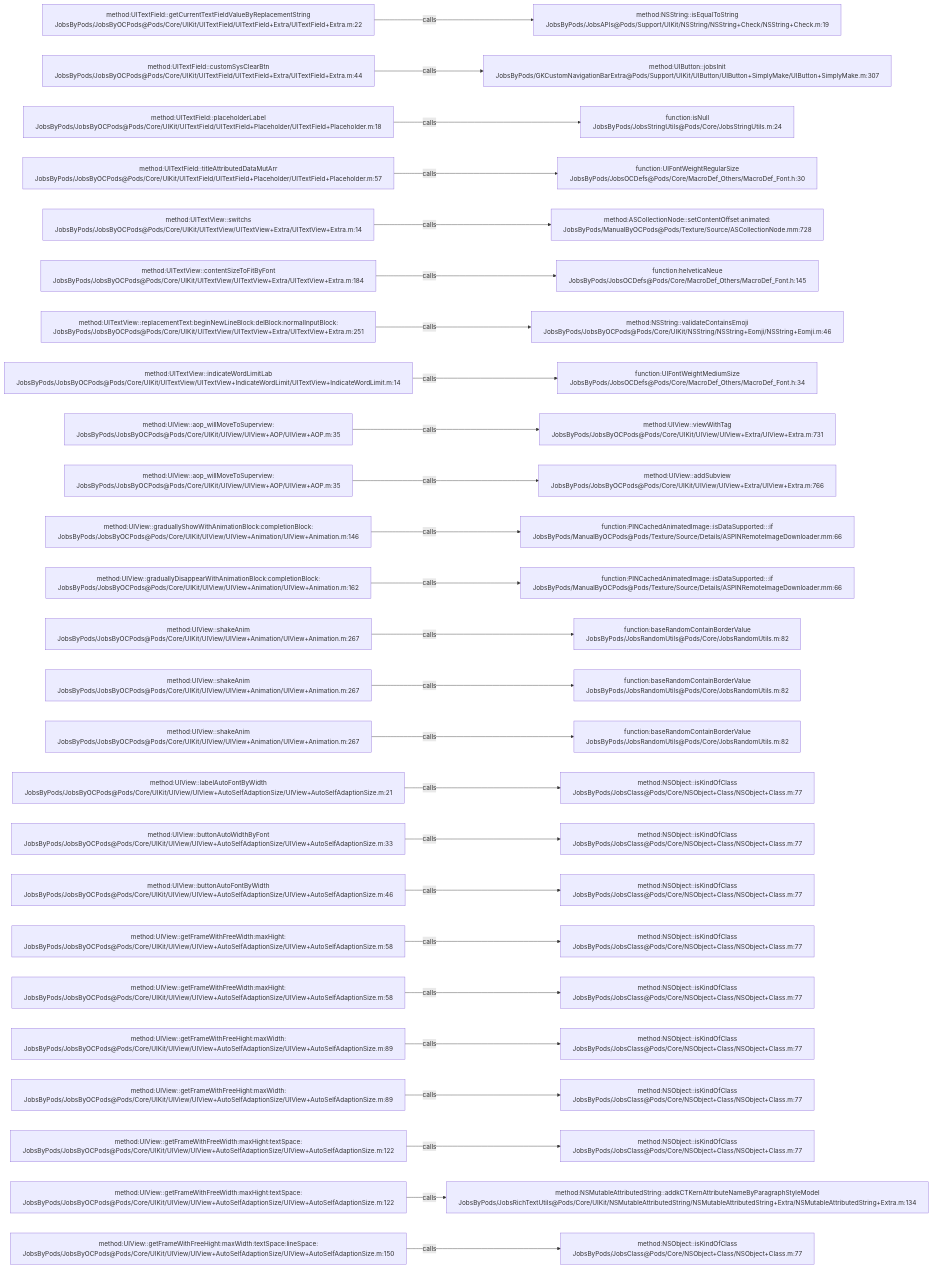
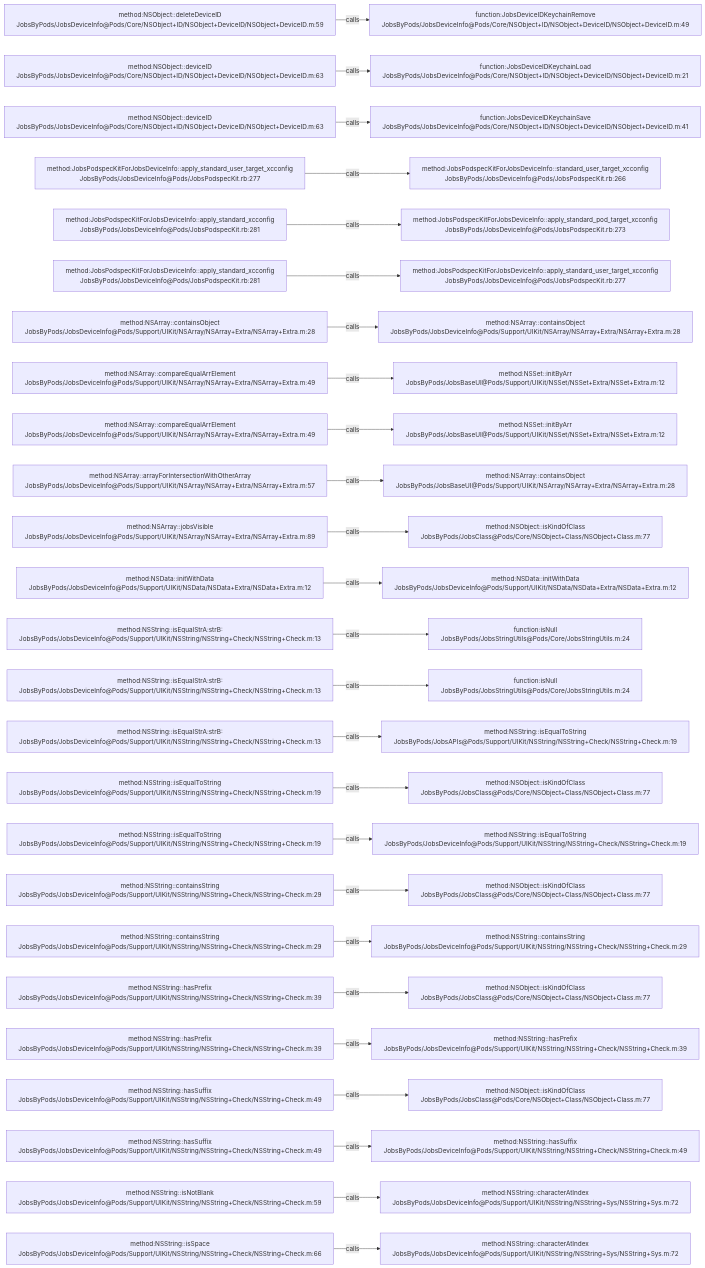
Before and after one commit to JobsKits/JobsOCBaseConfigDemo: the diagram in .codegraph/codegraph.md/graphs/calls-061.md, drawn with Mermaid. The commit also changed 573 other files, not shown here.

````diff
--- a/.codegraph/codegraph.md/graphs/calls-061.md
+++ b/.codegraph/codegraph.md/graphs/calls-061.md
@@ -13,78 +13,78 @@
 ```mermaid
 flowchart LR
-  S1["method:UITextField::getCurrentTextFieldValueByReplacementString<br/>JobsByPods/JobsByOCPods@Pods/Core/UIKit/UITextField/UITextField+Extra/UITextField+Extra.m:22"]
-  T1["method:NSString::isEqualToString<br/>JobsByPods/JobsAPIs@Pods/Support/UIKit/NSString/NSString+Check/NSString+Check.m:19"]
+  S1["method:NSObject::deleteDeviceID<br/>JobsByPods/JobsDeviceInfo@Pods/Core/NSObject+ID/NSObject+DeviceID/NSObject+DeviceID.m:59"]
+  T1["function:JobsDeviceIDKeychainRemove<br/>JobsByPods/JobsDeviceInfo@Pods/Core/NSObject+ID/NSObject+DeviceID/NSObject+DeviceID.m:49"]
   S1 -->|calls| T1
-  S2["method:UITextField::customSysClearBtn<br/>JobsByPods/JobsByOCPods@Pods/Core/UIKit/UITextField/UITextField+Extra/UITextField+Extra.m:44"]
-  T2["method:UIButton::jobsInit<br/>JobsByPods/GKCustomNavigationBarExtra@Pods/Support/UIKit/UIButton/UIButton+SimplyMake/UIButton+SimplyMake.m:307"]
+  S2["method:NSObject::deviceID<br/>JobsByPods/JobsDeviceInfo@Pods/Core/NSObject+ID/NSObject+DeviceID/NSObject+DeviceID.m:63"]
+  T2["function:JobsDeviceIDKeychainLoad<br/>JobsByPods/JobsDeviceInfo@Pods/Core/NSObject+ID/NSObject+DeviceID/NSObject+DeviceID.m:21"]
   S2 -->|calls| T2
-  S3["method:UITextField::placeholderLabel<br/>JobsByPods/JobsByOCPods@Pods/Core/UIKit/UITextField/UITextField+Placeholder/UITextField+Placeholder.m:18"]
-  T3["function:isNull<br/>JobsByPods/JobsStringUtils@Pods/Core/JobsStringUtils.m:24"]
+  S3["method:NSObject::deviceID<br/>JobsByPods/JobsDeviceInfo@Pods/Core/NSObject+ID/NSObject+DeviceID/NSObject+DeviceID.m:63"]
+  T3["function:JobsDeviceIDKeychainSave<br/>JobsByPods/JobsDeviceInfo@Pods/Core/NSObject+ID/NSObject+DeviceID/NSObject+DeviceID.m:41"]
   S3 -->|calls| T3
-  S4["method:UITextField::titleAttributedDataMutArr<br/>JobsByPods/JobsByOCPods@Pods/Core/UIKit/UITextField/UITextField+Placeholder/UITextField+Placeholder.m:57"]
-  T4["function:UIFontWeightRegularSize<br/>JobsByPods/JobsOCDefs@Pods/Core/MacroDef_Others/MacroDef_Font.h:30"]
+  S4["method:JobsPodspecKitForJobsDeviceInfo::apply_standard_user_target_xcconfig<br/>JobsByPods/JobsDeviceInfo@Pods/JobsPodspecKit.rb:277"]
+  T4["method:JobsPodspecKitForJobsDeviceInfo::standard_user_target_xcconfig<br/>JobsByPods/JobsDeviceInfo@Pods/JobsPodspecKit.rb:266"]
   S4 -->|calls| T4
-  S5["method:UITextView::switchs<br/>JobsByPods/JobsByOCPods@Pods/Core/UIKit/UITextView/UITextView+Extra/UITextView+Extra.m:14"]
-  T5["method:ASCollectionNode::setContentOffset:animated:<br/>JobsByPods/ManualByOCPods@Pods/Texture/Source/ASCollectionNode.mm:728"]
+  S5["method:JobsPodspecKitForJobsDeviceInfo::apply_standard_xcconfig<br/>JobsByPods/JobsDeviceInfo@Pods/JobsPodspecKit.rb:281"]
+  T5["method:JobsPodspecKitForJobsDeviceInfo::apply_standard_pod_target_xcconfig<br/>JobsByPods/JobsDeviceInfo@Pods/JobsPodspecKit.rb:273"]
   S5 -->|calls| T5
-  S6["method:UITextView::contentSizeToFitByFont<br/>JobsByPods/JobsByOCPods@Pods/Core/UIKit/UITextView/UITextView+Extra/UITextView+Extra.m:184"]
-  T6["function:helveticaNeue<br/>JobsByPods/JobsOCDefs@Pods/Core/MacroDef_Others/MacroDef_Font.h:145"]
+  S6["method:JobsPodspecKitForJobsDeviceInfo::apply_standard_xcconfig<br/>JobsByPods/JobsDeviceInfo@Pods/JobsPodspecKit.rb:281"]
+  T6["method:JobsPodspecKitForJobsDeviceInfo::apply_standard_user_target_xcconfig<br/>JobsByPods/JobsDeviceInfo@Pods/JobsPodspecKit.rb:277"]
   S6 -->|calls| T6
-  S7["method:UITextView::replacementText:beginNewLineBlock:delBlock:normalInputBlock:<br/>JobsByPods/JobsByOCPods@Pods/Core/UIKit/UITextView/UITextView+Extra/UITextView+Extra.m:251"]
-  T7["method:NSString::validateContainsEmoji<br/>JobsByPods/JobsByOCPods@Pods/Core/UIKit/NSString/NSString+Eomji/NSString+Eomji.m:46"]
+  S7["method:NSArray::containsObject<br/>JobsByPods/JobsDeviceInfo@Pods/Support/UIKit/NSArray/NSArray+Extra/NSArray+Extra.m:28"]
+  T7["method:NSArray::containsObject<br/>JobsByPods/JobsDeviceInfo@Pods/Support/UIKit/NSArray/NSArray+Extra/NSArray+Extra.m:28"]
   S7 -->|calls| T7
-  S8["method:UITextView::indicateWordLimitLab<br/>JobsByPods/JobsByOCPods@Pods/Core/UIKit/UITextView/UITextView+IndicateWordLimit/UITextView+IndicateWordLimit.m:14"]
-  T8["function:UIFontWeightMediumSize<br/>JobsByPods/JobsOCDefs@Pods/Core/MacroDef_Others/MacroDef_Font.h:34"]
+  S8["method:NSArray::compareEqualArrElement<br/>JobsByPods/JobsDeviceInfo@Pods/Support/UIKit/NSArray/NSArray+Extra/NSArray+Extra.m:49"]
+  T8["method:NSSet::initByArr<br/>JobsByPods/JobsBaseUI@Pods/Support/UIKit/NSSet/NSSet+Extra/NSSet+Extra.m:12"]
   S8 -->|calls| T8
-  S9["method:UIView::aop_willMoveToSuperview:<br/>JobsByPods/JobsByOCPods@Pods/Core/UIKit/UIView/UIView+AOP/UIView+AOP.m:35"]
-  T9["method:UIView::viewWithTag<br/>JobsByPods/JobsByOCPods@Pods/Core/UIKit/UIView/UIView+Extra/UIView+Extra.m:731"]
+  S9["method:NSArray::compareEqualArrElement<br/>JobsByPods/JobsDeviceInfo@Pods/Support/UIKit/NSArray/NSArray+Extra/NSArray+Extra.m:49"]
+  T9["method:NSSet::initByArr<br/>JobsByPods/JobsBaseUI@Pods/Support/UIKit/NSSet/NSSet+Extra/NSSet+Extra.m:12"]
   S9 -->|calls| T9
-  S10["method:UIView::aop_willMoveToSuperview:<br/>JobsByPods/JobsByOCPods@Pods/Core/UIKit/UIView/UIView+AOP/UIView+AOP.m:35"]
-  T10["method:UIView::addSubview<br/>JobsByPods/JobsByOCPods@Pods/Core/UIKit/UIView/UIView+Extra/UIView+Extra.m:766"]
+  S10["method:NSArray::arrayForIntersectionWithOtherArray<br/>JobsByPods/JobsDeviceInfo@Pods/Support/UIKit/NSArray/NSArray+Extra/NSArray+Extra.m:57"]
+  T10["method:NSArray::containsObject<br/>JobsByPods/JobsBaseUI@Pods/Support/UIKit/NSArray/NSArray+Extra/NSArray+Extra.m:28"]
   S10 -->|calls| T10
-  S11["method:UIView::graduallyShowWithAnimationBlock:completionBlock:<br/>JobsByPods/JobsByOCPods@Pods/Core/UIKit/UIView/UIView+Animation/UIView+Animation.m:146"]
-  T11["function:PINCachedAnimatedImage::isDataSupported:::if<br/>JobsByPods/ManualByOCPods@Pods/Texture/Source/Details/ASPINRemoteImageDownloader.mm:66"]
+  S11["method:NSArray::jobsVisible<br/>JobsByPods/JobsDeviceInfo@Pods/Support/UIKit/NSArray/NSArray+Extra/NSArray+Extra.m:89"]
+  T11["method:NSObject::isKindOfClass<br/>JobsByPods/JobsClass@Pods/Core/NSObject+Class/NSObject+Class.m:77"]
   S11 -->|calls| T11
-  S12["method:UIView::graduallyDisappearWithAnimationBlock:completionBlock:<br/>JobsByPods/JobsByOCPods@Pods/Core/UIKit/UIView/UIView+Animation/UIView+Animation.m:162"]
-  T12["function:PINCachedAnimatedImage::isDataSupported:::if<br/>JobsByPods/ManualByOCPods@Pods/Texture/Source/Details/ASPINRemoteImageDownloader.mm:66"]
+  S12["method:NSData::initWithData<br/>JobsByPods/JobsDeviceInfo@Pods/Support/UIKit/NSData/NSData+Extra/NSData+Extra.m:12"]
+  T12["method:NSData::initWithData<br/>JobsByPods/JobsDeviceInfo@Pods/Support/UIKit/NSData/NSData+Extra/NSData+Extra.m:12"]
   S12 -->|calls| T12
-  S13["method:UIView::shakeAnim<br/>JobsByPods/JobsByOCPods@Pods/Core/UIKit/UIView/UIView+Animation/UIView+Animation.m:267"]
-  T13["function:baseRandomContainBorderValue<br/>JobsByPods/JobsRandomUtils@Pods/Core/JobsRandomUtils.m:82"]
+  S13["method:NSString::isEqualStrA:strB:<br/>JobsByPods/JobsDeviceInfo@Pods/Support/UIKit/NSString/NSString+Check/NSString+Check.m:13"]
+  T13["function:isNull<br/>JobsByPods/JobsStringUtils@Pods/Core/JobsStringUtils.m:24"]
   S13 -->|calls| T13
-  S14["method:UIView::shakeAnim<br/>JobsByPods/JobsByOCPods@Pods/Core/UIKit/UIView/UIView+Animation/UIView+Animation.m:267"]
-  T14["function:baseRandomContainBorderValue<br/>JobsByPods/JobsRandomUtils@Pods/Core/JobsRandomUtils.m:82"]
+  S14["method:NSString::isEqualStrA:strB:<br/>JobsByPods/JobsDeviceInfo@Pods/Support/UIKit/NSString/NSString+Check/NSString+Check.m:13"]
+  T14["function:isNull<br/>JobsByPods/JobsStringUtils@Pods/Core/JobsStringUtils.m:24"]
   S14 -->|calls| T14
-  S15["method:UIView::shakeAnim<br/>JobsByPods/JobsByOCPods@Pods/Core/UIKit/UIView/UIView+Animation/UIView+Animation.m:267"]
-  T15["function:baseRandomContainBorderValue<br/>JobsByPods/JobsRandomUtils@Pods/Core/JobsRandomUtils.m:82"]
+  S15["method:NSString::isEqualStrA:strB:<br/>JobsByPods/JobsDeviceInfo@Pods/Support/UIKit/NSString/NSString+Check/NSString+Check.m:13"]
+  T15["method:NSString::isEqualToString<br/>JobsByPods/JobsAPIs@Pods/Support/UIKit/NSString/NSString+Check/NSString+Check.m:19"]
   S15 -->|calls| T15
-  S16["method:UIView::labelAutoFontByWidth<br/>JobsByPods/JobsByOCPods@Pods/Core/UIKit/UIView/UIView+AutoSelfAdaptionSize/UIView+AutoSelfAdaptionSize.m:21"]
+  S16["method:NSString::isEqualToString<br/>JobsByPods/JobsDeviceInfo@Pods/Support/UIKit/NSString/NSString+Check/NSString+Check.m:19"]
   T16["method:NSObject::isKindOfClass<br/>JobsByPods/JobsClass@Pods/Core/NSObject+Class/NSObject+Class.m:77"]
   S16 -->|calls| T16
-  S17["method:UIView::buttonAutoWidthByFont<br/>JobsByPods/JobsByOCPods@Pods/Core/UIKit/UIView/UIView+AutoSelfAdaptionSize/UIView+AutoSelfAdaptionSize.m:33"]
-  T17["method:NSObject::isKindOfClass<br/>JobsByPods/JobsClass@Pods/Core/NSObject+Class/NSObject+Class.m:77"]
+  S17["method:NSString::isEqualToString<br/>JobsByPods/JobsDeviceInfo@Pods/Support/UIKit/NSString/NSString+Check/NSString+Check.m:19"]
+  T17["method:NSString::isEqualToString<br/>JobsByPods/JobsDeviceInfo@Pods/Support/UIKit/NSString/NSString+Check/NSString+Check.m:19"]
   S17 -->|calls| T17
-  S18["method:UIView::buttonAutoFontByWidth<br/>JobsByPods/JobsByOCPods@Pods/Core/UIKit/UIView/UIView+AutoSelfAdaptionSize/UIView+AutoSelfAdaptionSize.m:46"]
+  S18["method:NSString::containsString<br/>JobsByPods/JobsDeviceInfo@Pods/Support/UIKit/NSString/NSString+Check/NSString+Check.m:29"]
   T18["method:NSObject::isKindOfClass<br/>JobsByPods/JobsClass@Pods/Core/NSObject+Class/NSObject+Class.m:77"]
   S18 -->|calls| T18
-  S19["method:UIView::getFrameWithFreeWidth:maxHight:<br/>JobsByPods/JobsByOCPods@Pods/Core/UIKit/UIView/UIView+AutoSelfAdaptionSize/UIView+AutoSelfAdaptionSize.m:58"]
-  T19["method:NSObject::isKindOfClass<br/>JobsByPods/JobsClass@Pods/Core/NSObject+Class/NSObject+Class.m:77"]
+  S19["method:NSString::containsString<br/>JobsByPods/JobsDeviceInfo@Pods/Support/UIKit/NSString/NSString+Check/NSString+Check.m:29"]
+  T19["method:NSString::containsString<br/>JobsByPods/JobsDeviceInfo@Pods/Support/UIKit/NSString/NSString+Check/NSString+Check.m:29"]
   S19 -->|calls| T19
-  S20["method:UIView::getFrameWithFreeWidth:maxHight:<br/>JobsByPods/JobsByOCPods@Pods/Core/UIKit/UIView/UIView+AutoSelfAdaptionSize/UIView+AutoSelfAdaptionSize.m:58"]
+  S20["method:NSString::hasPrefix<br/>JobsByPods/JobsDeviceInfo@Pods/Support/UIKit/NSString/NSString+Check/NSString+Check.m:39"]
   T20["method:NSObject::isKindOfClass<br/>JobsByPods/JobsClass@Pods/Core/NSObject+Class/NSObject+Class.m:77"]
   S20 -->|calls| T20
-  S21["method:UIView::getFrameWithFreeHight:maxWidth:<br/>JobsByPods/JobsByOCPods@Pods/Core/UIKit/UIView/UIView+AutoSelfAdaptionSize/UIView+AutoSelfAdaptionSize.m:89"]
-  T21["method:NSObject::isKindOfClass<br/>JobsByPods/JobsClass@Pods/Core/NSObject+Class/NSObject+Class.m:77"]
+  S21["method:NSString::hasPrefix<br/>JobsByPods/JobsDeviceInfo@Pods/Support/UIKit/NSString/NSString+Check/NSString+Check.m:39"]
+  T21["method:NSString::hasPrefix<br/>JobsByPods/JobsDeviceInfo@Pods/Support/UIKit/NSString/NSString+Check/NSString+Check.m:39"]
   S21 -->|calls| T21
-  S22["method:UIView::getFrameWithFreeHight:maxWidth:<br/>JobsByPods/JobsByOCPods@Pods/Core/UIKit/UIView/UIView+AutoSelfAdaptionSize/UIView+AutoSelfAdaptionSize.m:89"]
+  S22["method:NSString::hasSuffix<br/>JobsByPods/JobsDeviceInfo@Pods/Support/UIKit/NSString/NSString+Check/NSString+Check.m:49"]
   T22["method:NSObject::isKindOfClass<br/>JobsByPods/JobsClass@Pods/Core/NSObject+Class/NSObject+Class.m:77"]
   S22 -->|calls| T22
-  S23["method:UIView::getFrameWithFreeWidth:maxHight:textSpace:<br/>JobsByPods/JobsByOCPods@Pods/Core/UIKit/UIView/UIView+AutoSelfAdaptionSize/UIView+AutoSelfAdaptionSize.m:122"]
-  T23["method:NSObject::isKindOfClass<br/>JobsByPods/JobsClass@Pods/Core/NSObject+Class/NSObject+Class.m:77"]
+  S23["method:NSString::hasSuffix<br/>JobsByPods/JobsDeviceInfo@Pods/Support/UIKit/NSString/NSString+Check/NSString+Check.m:49"]
+  T23["method:NSString::hasSuffix<br/>JobsByPods/JobsDeviceInfo@Pods/Support/UIKit/NSString/NSString+Check/NSString+Check.m:49"]
   S23 -->|calls| T23
-  S24["method:UIView::getFrameWithFreeWidth:maxHight:textSpace:<br/>JobsByPods/JobsByOCPods@Pods/Core/UIKit/UIView/UIView+AutoSelfAdaptionSize/UIView+AutoSelfAdaptionSize.m:122"]
-  T24["method:NSMutableAttributedString::addkCTKernAttributeNameByParagraphStyleModel<br/>JobsByPods/JobsRichTextUtils@Pods/Core/UIKit/NSMutableAttributedString/NSMutableAttributedString+Extra/NSMutableAttributedString+Extra.m:134"]
+  S24["method:NSString::isNotBlank<br/>JobsByPods/JobsDeviceInfo@Pods/Support/UIKit/NSString/NSString+Check/NSString+Check.m:59"]
+  T24["method:NSString::characterAtIndex<br/>JobsByPods/JobsDeviceInfo@Pods/Support/UIKit/NSString/NSString+Sys/NSString+Sys.m:72"]
   S24 -->|calls| T24
-  S25["method:UIView::getFrameWithFreeHight:maxWidth:textSpace:lineSpace:<br/>JobsByPods/JobsByOCPods@Pods/Core/UIKit/UIView/UIView+AutoSelfAdaptionSize/UIView+AutoSelfAdaptionSize.m:150"]
-  T25["method:NSObject::isKindOfClass<br/>JobsByPods/JobsClass@Pods/Core/NSObject+Class/NSObject+Class.m:77"]
+  S25["method:NSString::isSpace<br/>JobsByPods/JobsDeviceInfo@Pods/Support/UIKit/NSString/NSString+Check/NSString+Check.m:66"]
+  T25["method:NSString::characterAtIndex<br/>JobsByPods/JobsDeviceInfo@Pods/Support/UIKit/NSString/NSString+Sys/NSString+Sys.m:72"]
   S25 -->|calls| T25
 ```
````
